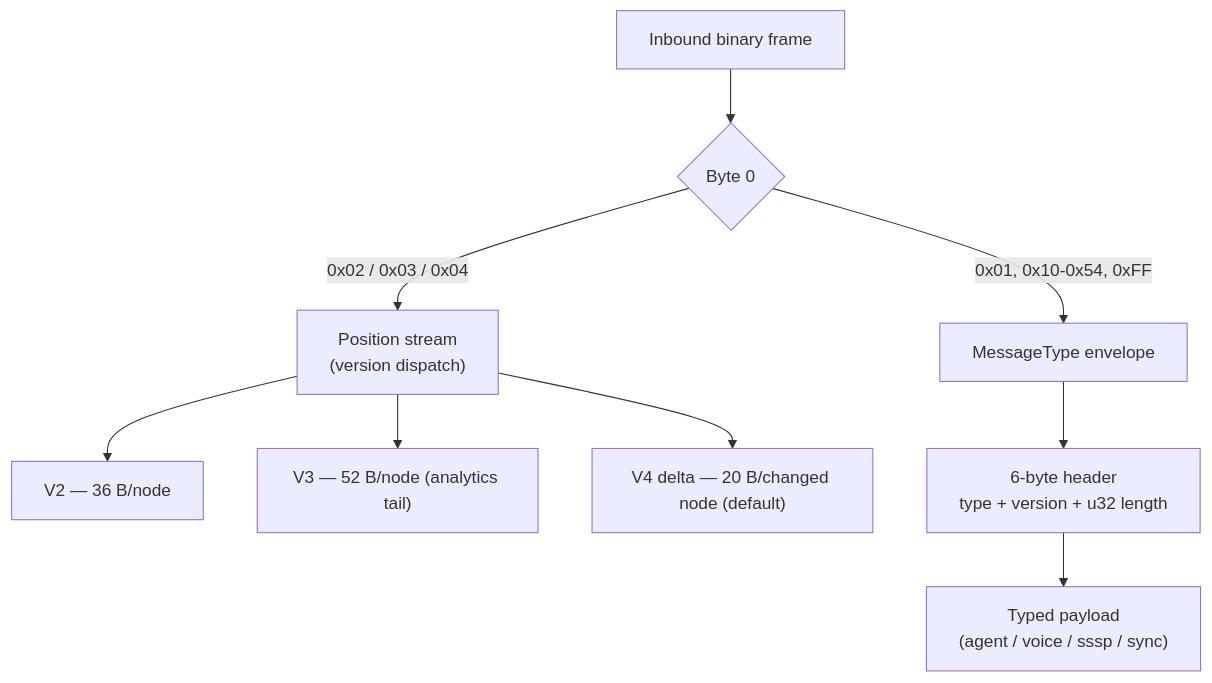
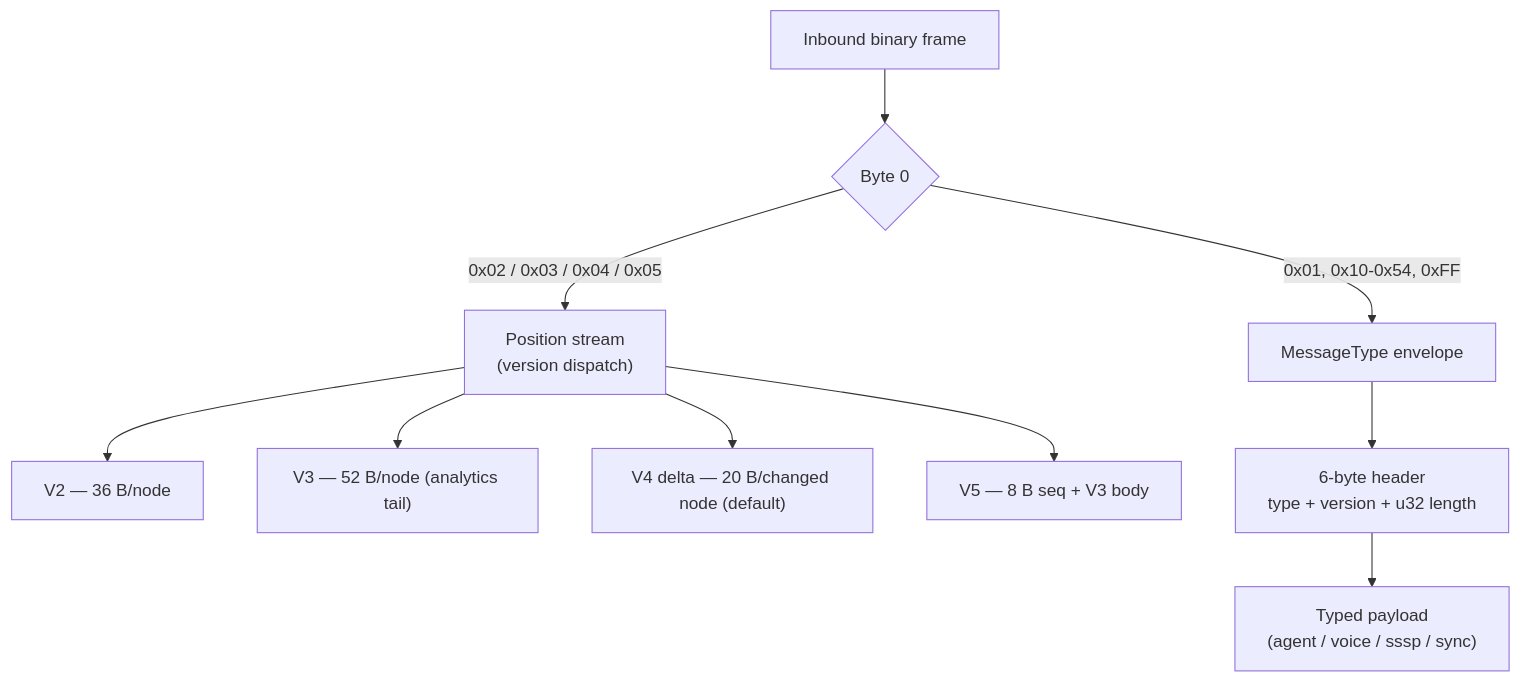
One commit to DreamLab-AI/AR-AI-Knowledge-Graph changed the diagram in docs/reference/binary-protocol.md. Above: the diagram before and after it, drawn with Mermaid. The commit also changed other lines of this file and 8 other files, not shown here.

````diff
--- a/docs/reference/binary-protocol.md
+++ b/docs/reference/binary-protocol.md
@@ -27,11 +27,12 @@
 ```mermaid
 flowchart TD
     Frame["Inbound binary frame"] --> B0{"Byte 0"}
-    B0 -->|"0x02 / 0x03 / 0x04"| PStream["Position stream<br/>(version dispatch)"]
+    B0 -->|"0x02 / 0x03 / 0x04 / 0x05"| PStream["Position stream<br/>(version dispatch)"]
     B0 -->|"0x01, 0x10-0x54, 0xFF"| Env["MessageType envelope"]
     PStream --> V2["V2 — 36 B/node"]
     PStream --> V3["V3 — 52 B/node (analytics tail)"]
     PStream --> V4["V4 delta — 20 B/changed node (default)"]
+    PStream --> V5["V5 — 8 B seq + V3 body"]
     Env --> Hdr["6-byte header<br/>type + version + u32 length"]
     Hdr --> Pay["Typed payload<br/>(agent / voice / sssp / sync)"]
 ```
````
